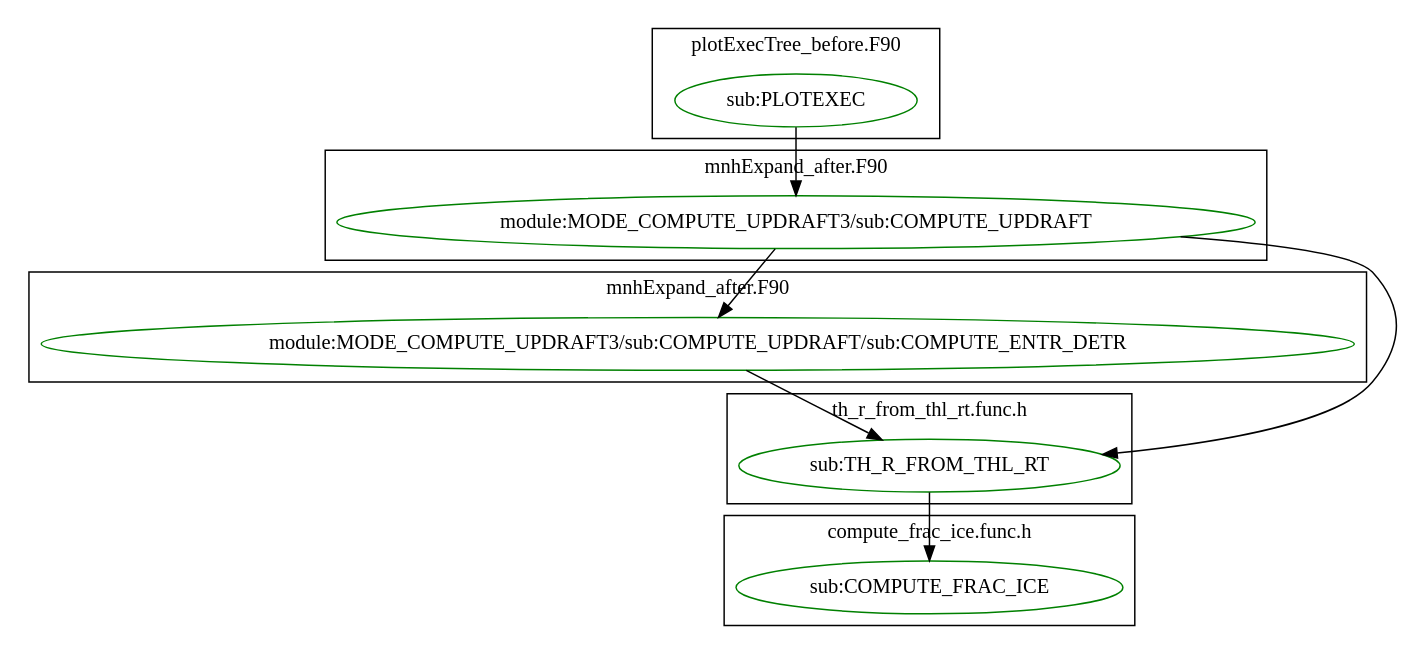
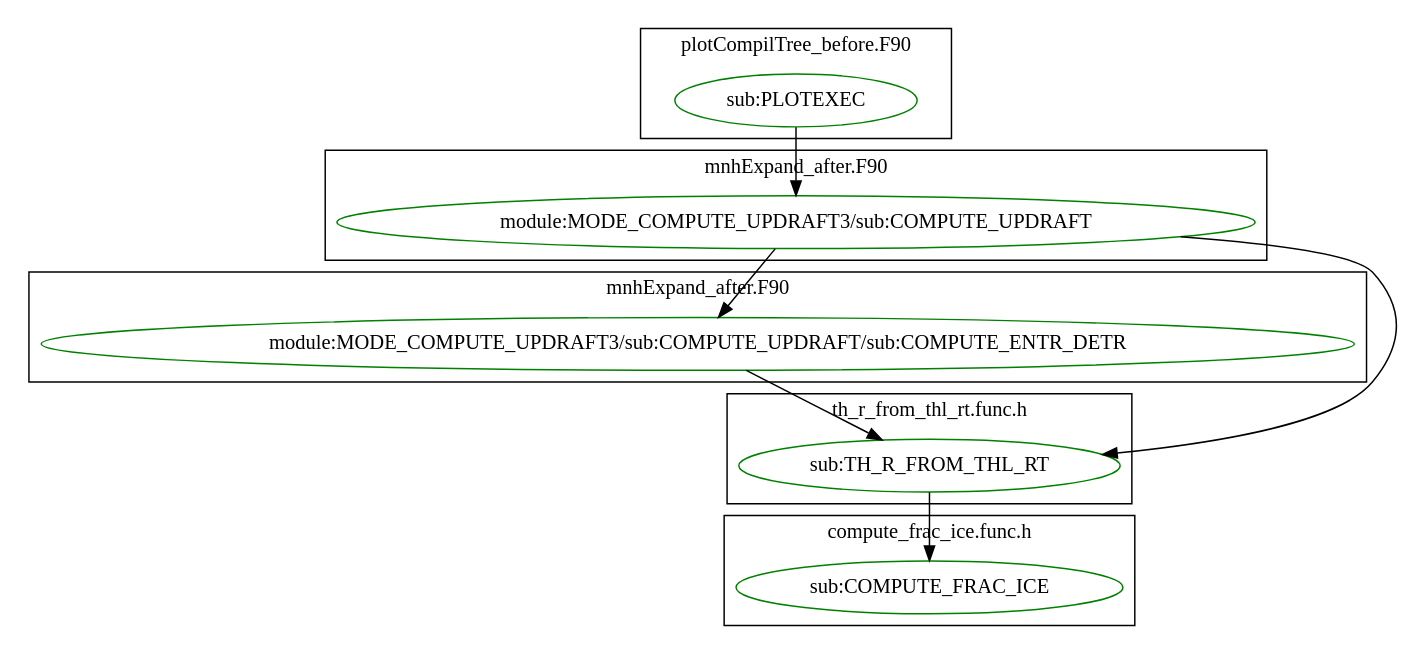
Before and after one commit to UMR-CNRM/pyft: the diagram in examples/plotExecTree_after.dot, drawn with Graphviz. The commit also changed 3 other files, not shown here.

```diff
--- a/examples/plotExecTree_after.dot
+++ b/examples/plotExecTree_after.dot
@@ -1,28 +1,28 @@
 digraph D {
 2 [label="sub:PLOTEXEC" color="green"]
 subgraph cluster_3 {
 label="mnhExpand_after.F90"
 3 [label="module:MODE_COMPUTE_UPDRAFT3/sub:COMPUTE_UPDRAFT" color="green"]
 }
 2 -> 3
 subgraph cluster_4 {
 label="mnhExpand_after.F90"
 4 [label="module:MODE_COMPUTE_UPDRAFT3/sub:COMPUTE_UPDRAFT/sub:COMPUTE_ENTR_DETR" color="green"]
 }
 3 -> 4
 subgraph cluster_5 {
 label="th_r_from_thl_rt.func.h"
 5 [label="sub:TH_R_FROM_THL_RT" color="green"]
 }
 4 -> 5
 subgraph cluster_6 {
 label="compute_frac_ice.func.h"
 6 [label="sub:COMPUTE_FRAC_ICE" color="green"]
 }
 5 -> 6
 3 -> 5
 subgraph cluster_R {
 {rank=same 2}
-label="plotExecTree_before.F90"
+label="plotCompilTree_before.F90"
 }
 }
```
